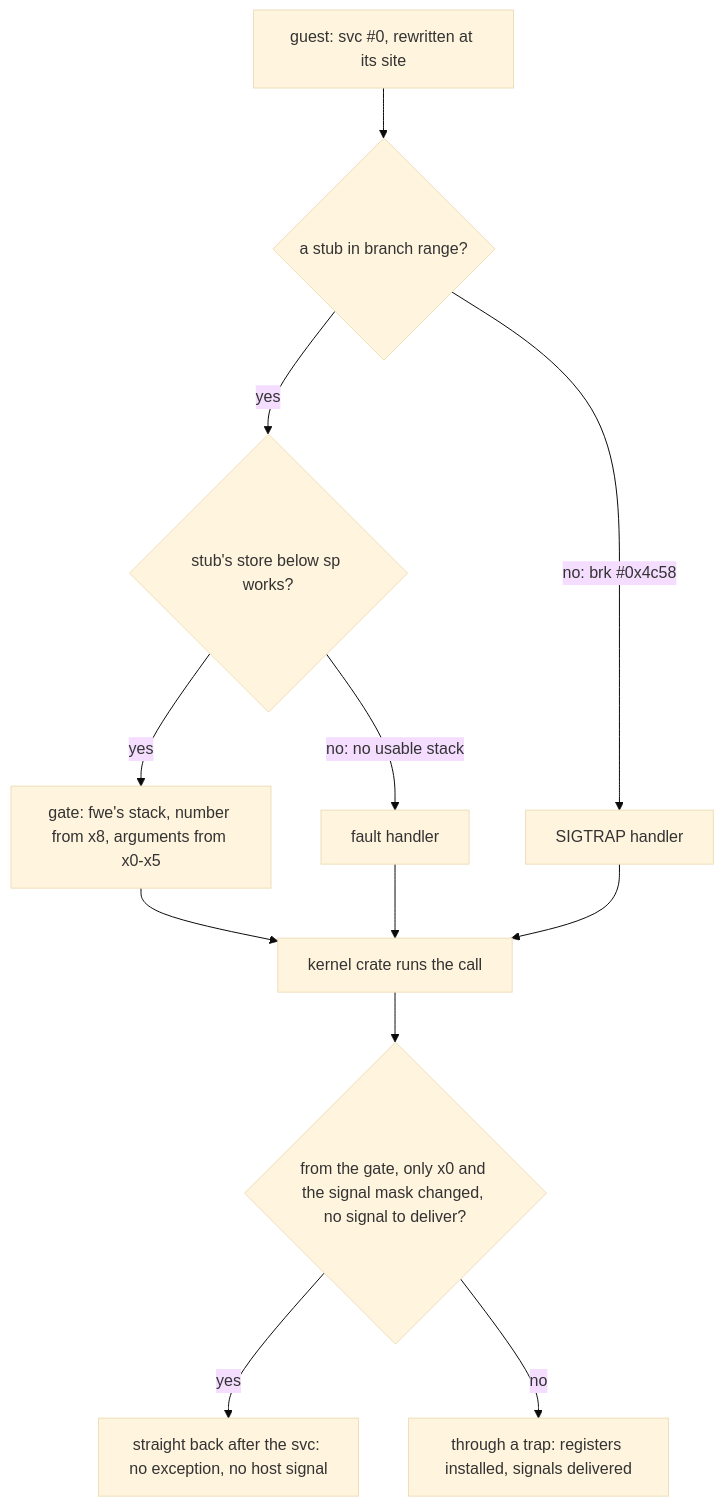
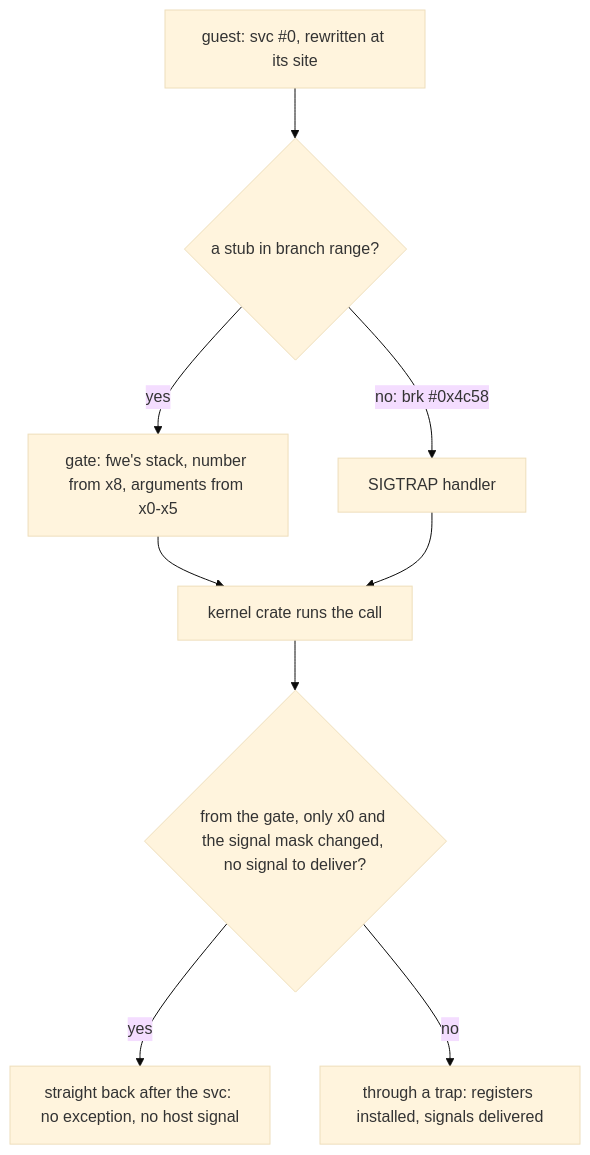
One commit to e6qu/fun-with-emulators changed the third of 14 diagrams in docs/linux-on-macos.md. Above: the diagram before and after it, drawn with Mermaid (base theme). The commit also changed other lines of this file and 16 other files, not shown here.

````diff
--- a/docs/linux-on-macos.md
+++ b/docs/linux-on-macos.md
@@ -282,14 +289,11 @@
 ```mermaid
 flowchart TD
     svc["guest: svc #0, rewritten at its site"] --> reach{"a stub in branch range?"}
-    reach -- yes --> push{"stub's store below sp works?"}
-    push -- yes --> gate["gate: fwe's stack, number from x8, arguments from x0-x5"]
-    push -- "no: no usable stack" --> fault["fault handler"]
+    reach -- yes --> gate["gate: fwe's stack, number from x8, arguments from x0-x5"]
     reach -- "no: brk #0x4c58" --> trap["SIGTRAP handler"]
     gate --> k["kernel crate runs the call"]
-    fault --> k
     trap --> k
     k --> plain{"from the gate, only x0 and the signal mask changed, no signal to deliver?"}
     plain -- yes --> back["straight back after the svc: no exception, no host signal"]
     plain -- no --> exit["through a trap: registers installed, signals delivered"]
 ```
````
